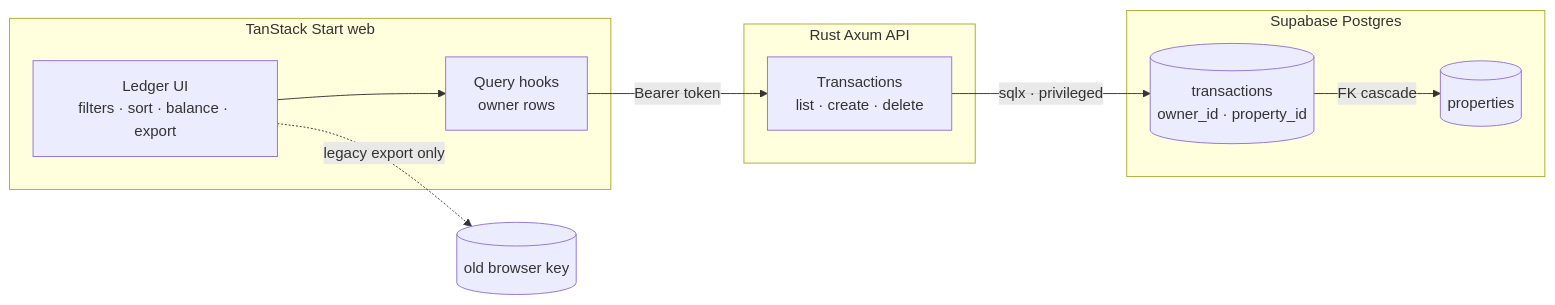
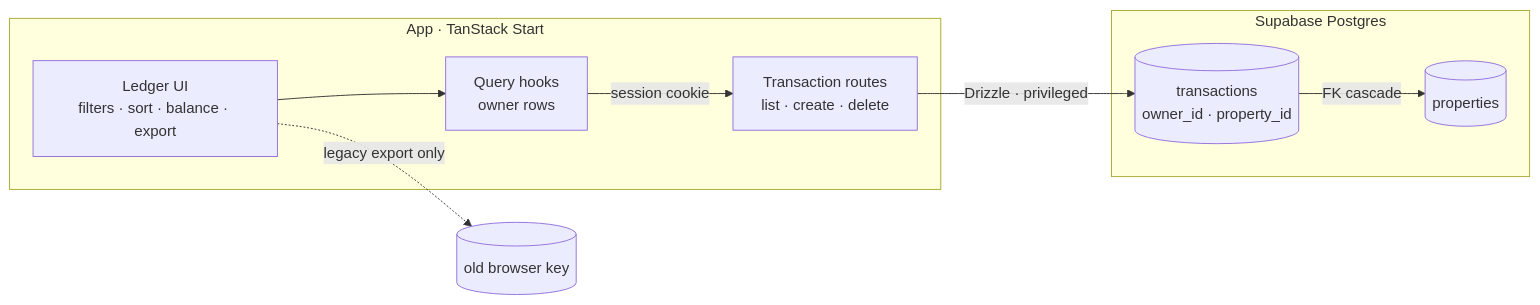
The diagram in openspec/changes/server-transactions/design.md (Markila-BOT/m-proper), drawn with Mermaid before and after one commit. The commit also changed other lines of this file and 13 other files, not shown here.

First line of the commit message:
docs(openspec): rebase the queued plans onto the TanStack backend

````diff
--- a/openspec/changes/server-transactions/design.md
+++ b/openspec/changes/server-transactions/design.md
@@ -5,19 +5,17 @@
 ```mermaid
 flowchart LR
-  subgraph Web[TanStack Start web]
+  subgraph App[App · TanStack Start]
     L[Ledger UI<br/>filters · sort · balance · export]
     Q[Query hooks<br/>owner rows]
-  end
-  subgraph API[Rust Axum API]
-    T[Transactions<br/>list · create · delete]
+    T[Transaction routes<br/>list · create · delete]
   end
   subgraph DB[Supabase Postgres]
     X[(transactions<br/>owner_id · property_id)]
     P[(properties)]
   end
   L --> Q
-  Q -->|Bearer token| T
-  T -->|sqlx · privileged| X
+  Q -->|session cookie| T
+  T -->|Drizzle · privileged| X
   X -->|FK cascade| P
   L -. legacy export only .-> B[(old browser key)]
 ```
````
